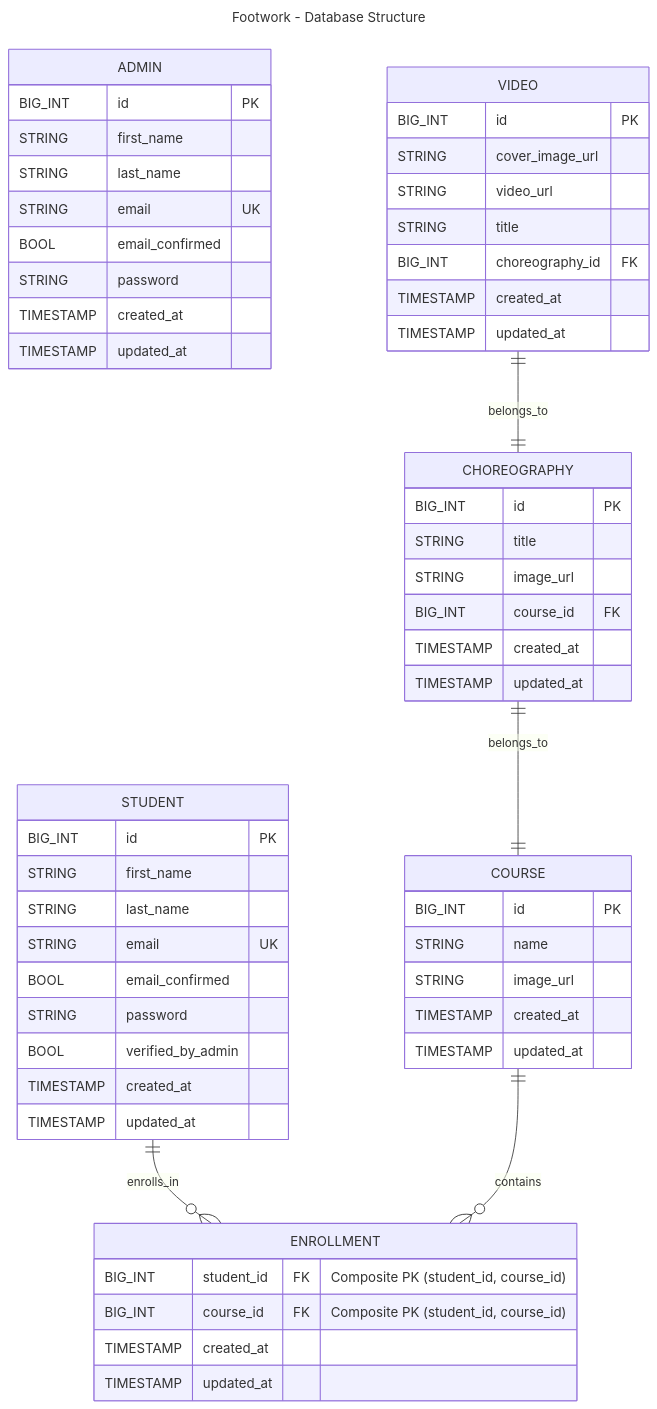
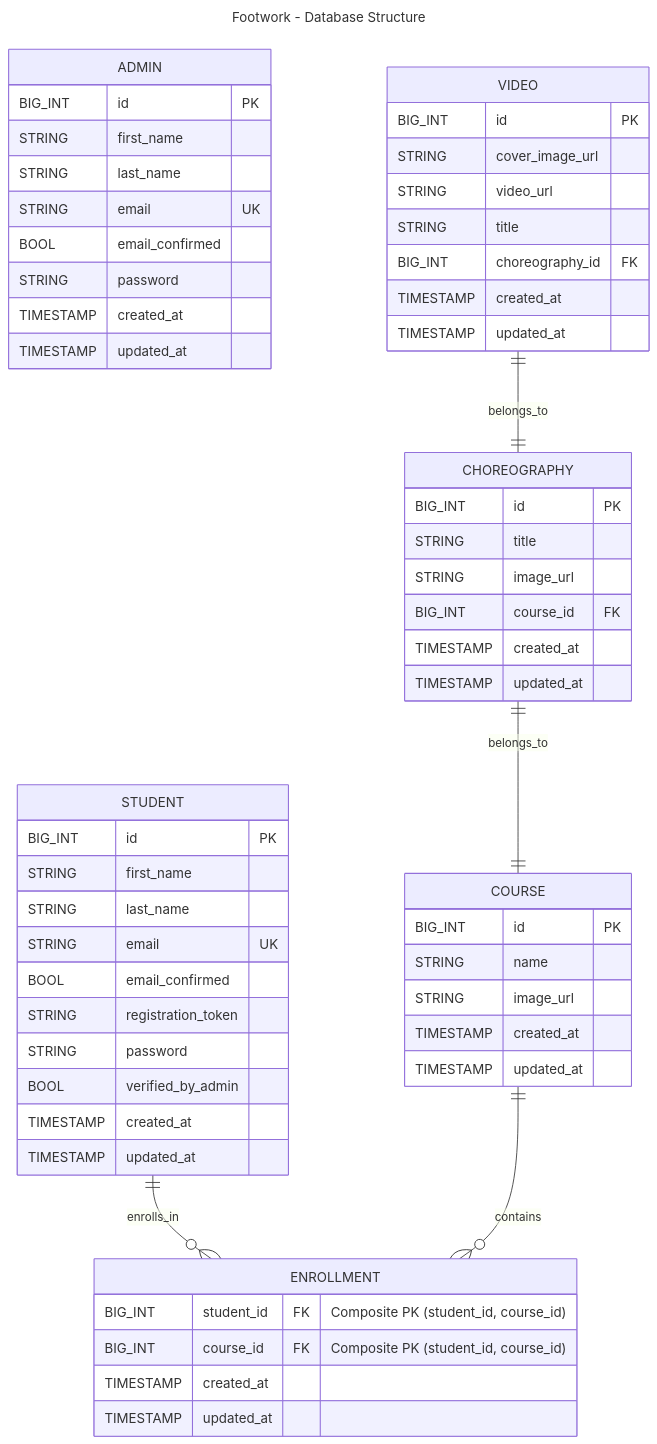
One commit to gianlucaromeo/footwork-backend changed the diagram in README.md. Above: the diagram before and after it, drawn with Mermaid.

````diff
--- a/README.md
+++ b/README.md
@@ -14,68 +14,69 @@
 ```mermaid
 ---
 title: Footwork - Database Structure
 ---
 erDiagram
     ADMIN {
         BIG_INT id PK
         STRING first_name
         STRING last_name
         STRING email UK
         BOOL email_confirmed
         STRING password
         TIMESTAMP created_at
         TIMESTAMP updated_at
     }
 
     STUDENT {
         BIG_INT id PK
         STRING first_name
         STRING last_name
         STRING email UK
         BOOL email_confirmed
+        STRING registration_token
         STRING password
         BOOL verified_by_admin
         TIMESTAMP created_at
         TIMESTAMP updated_at
     }
 
     COURSE {
         BIG_INT id PK
         STRING name
         STRING image_url
         TIMESTAMP created_at
         TIMESTAMP updated_at
     }
 
     CHOREOGRAPHY {
         BIG_INT id PK
         STRING title
         STRING image_url
         BIG_INT course_id FK
         TIMESTAMP created_at
         TIMESTAMP updated_at
     }
 
     VIDEO {
         BIG_INT id PK
         STRING cover_image_url
         STRING video_url
         STRING title
         BIG_INT choreography_id FK
         TIMESTAMP created_at
         TIMESTAMP updated_at
     }
 
     ENROLLMENT {
         BIG_INT student_id FK "Composite PK (student_id, course_id)"
         BIG_INT course_id FK "Composite PK (student_id, course_id)"
         TIMESTAMP created_at
         TIMESTAMP updated_at
     }
     
     VIDEO ||--|| CHOREOGRAPHY : belongs_to
     CHOREOGRAPHY ||--|| COURSE : belongs_to
 
     STUDENT ||--o{ ENROLLMENT : enrolls_in
     COURSE ||--o{ ENROLLMENT : contains
 ```
````
